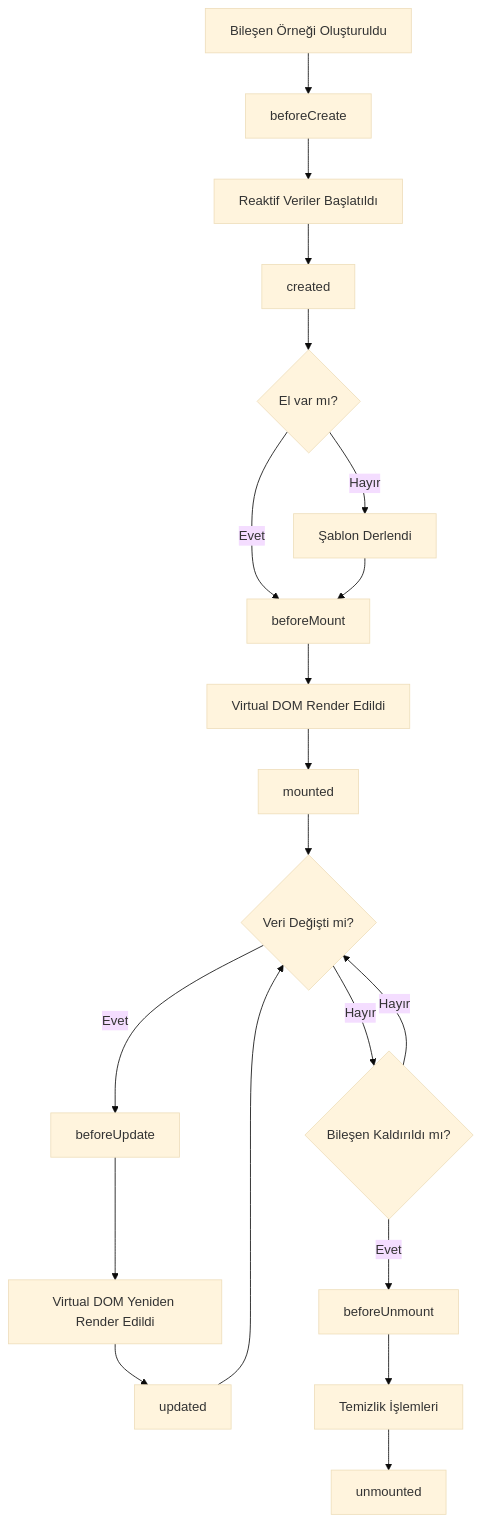
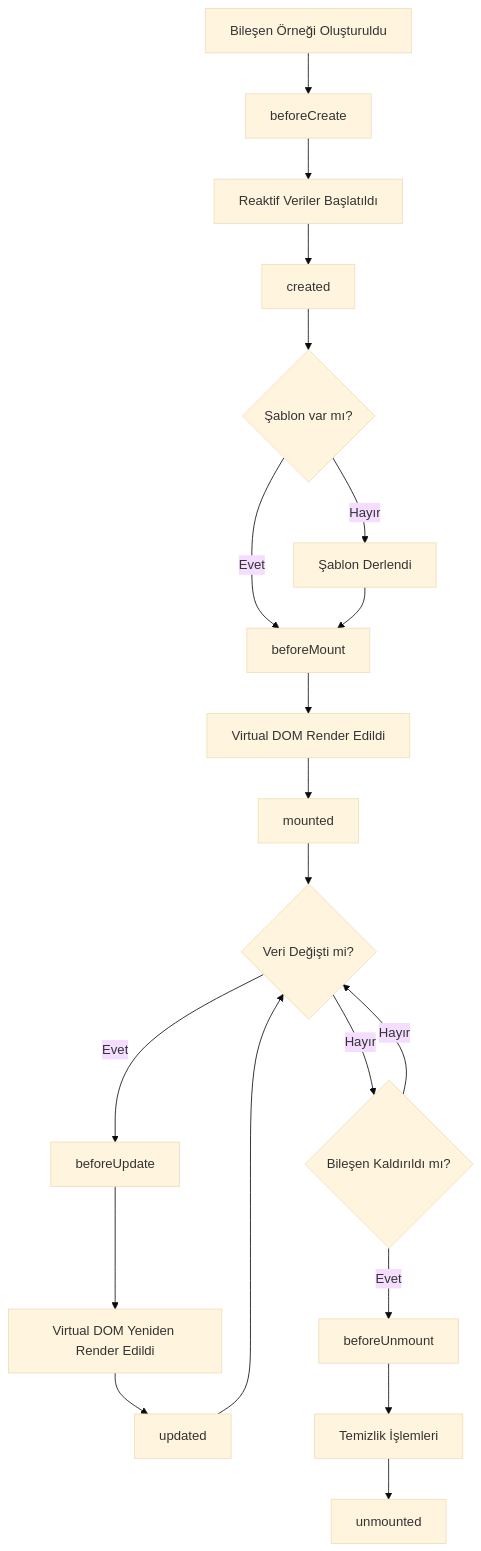
One commit to mamiyaso/notes changed the first of 2 diagrams in README.md. Above: the diagram before and after it, drawn with Mermaid (base theme).

````diff
--- a/README.md
+++ b/README.md
@@ -615,22 +615,22 @@
 ```mermaid
 graph TD
     A[Bileşen Örneği Oluşturuldu] --> B[beforeCreate]
     B --> C[Reaktif Veriler Başlatıldı]
     C --> D[created]
-    D --> E{El var mı?}
+    D --> E{Şablon var mı?}
     E -->|Evet| F[beforeMount]
     E -->|Hayır| G[Şablon Derlendi]
     G --> F
     F --> H[Virtual DOM Render Edildi]
     H --> I[mounted]
     I --> J{Veri Değişti mi?}
     J -->|Evet| K[beforeUpdate]
     K --> L[Virtual DOM Yeniden Render Edildi]
     L --> M[updated]
     M --> J
     J -->|Hayır| N{Bileşen Kaldırıldı mı?}
     N -->|Evet| O[beforeUnmount]
     O --> P[Temizlik İşlemleri]
     P --> Q[unmounted]
     N -->|Hayır| J
 ```
````
